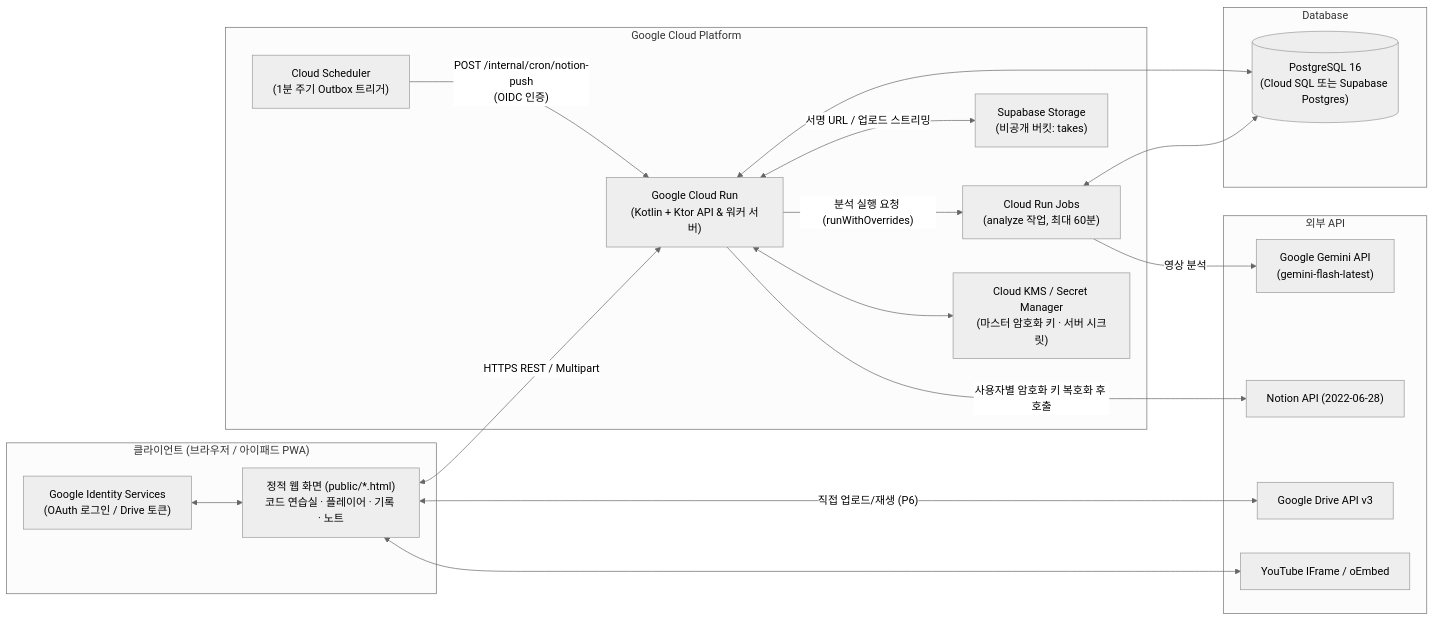
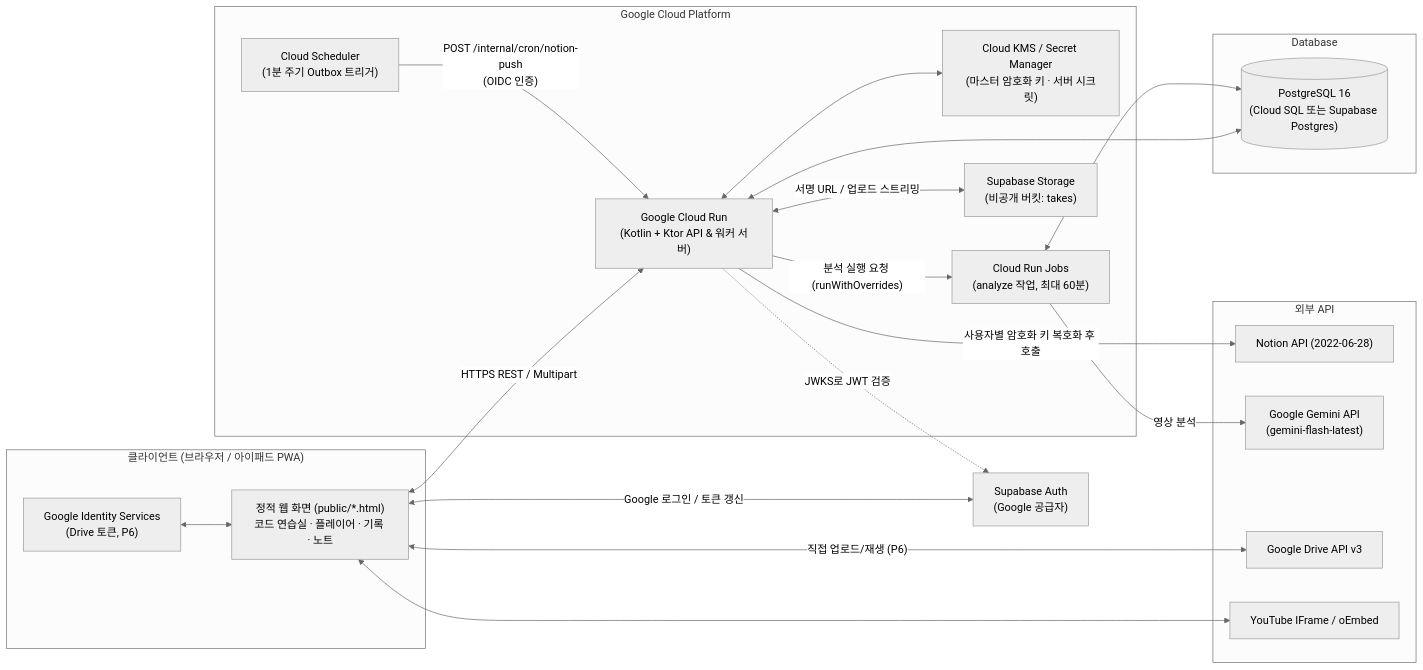
Before and after one commit to Hunseokc/ULevelP: the diagram in docs/01-project-plan.md, drawn with Mermaid (neutral theme). The commit also changed other lines of this file and 5 other files, not shown here.

First line of the commit message:
docs(auth): 로그인을 Supabase Auth로 확정 (KC-D10)

````diff
--- a/docs/01-project-plan.md
+++ b/docs/01-project-plan.md
@@ -46,40 +46,42 @@
 ```mermaid
 flowchart LR
   subgraph Client["클라이언트 (브라우저 / 아이패드 PWA)"]
     UI["정적 웹 화면 (public/*.html)\n코드 연습실 · 플레이어 · 기록 · 노트"]
-    GIS["Google Identity Services\n(OAuth 로그인 / Drive 토큰)"]
+    GIS["Google Identity Services\n(Drive 토큰, P6)"]
   end
 
   subgraph GCP["Google Cloud Platform"]
     CR["Google Cloud Run\n(Kotlin + Ktor API & 워커 서버)"]
     CS["Cloud Scheduler\n(1분 주기 Outbox 트리거)"]
     KMS["Cloud KMS / Secret Manager\n(마스터 암호화 키 · 서버 시크릿)"]
     CRJ["Cloud Run Jobs\n(analyze 작업, 최대 60분)"]
     SBS["Supabase Storage\n(비공개 버킷: takes)"]
   end
 
   subgraph DB["Database"]
     PG[("PostgreSQL 16\n(Cloud SQL 또는 Supabase Postgres)")]
   end
 
   subgraph External["외부 API"]
     Notion["Notion API (2022-06-28)"]
     Gemini["Google Gemini API\n(gemini-flash-latest)"]
     Drive["Google Drive API v3"]
     YT["YouTube IFrame / oEmbed"]
   end
 
   UI <-->|"HTTPS REST / Multipart"| CR
   UI <-->|"직접 업로드/재생 (P6)"| Drive
   UI <--> YT
   GIS <--> UI
+  UI <-->|"Google 로그인 / 토큰 갱신"| SBA["Supabase Auth\n(Google 공급자)"]
+  CR -.->|"JWKS로 JWT 검증"| SBA
 
   CS -->|"POST /internal/cron/notion-push\n(OIDC 인증)"| CR
   CR <--> PG
   CR <-->|"서명 URL / 업로드 스트리밍"| SBS
   CR -->|"분석 실행 요청 (runWithOverrides)"| CRJ
   CRJ <--> PG
   CRJ -->|"영상 분석"| Gemini
   CR <--> KMS
   CR -->|"사용자별 암호화 키 복호화 후 호출"| Notion
 ```
````
